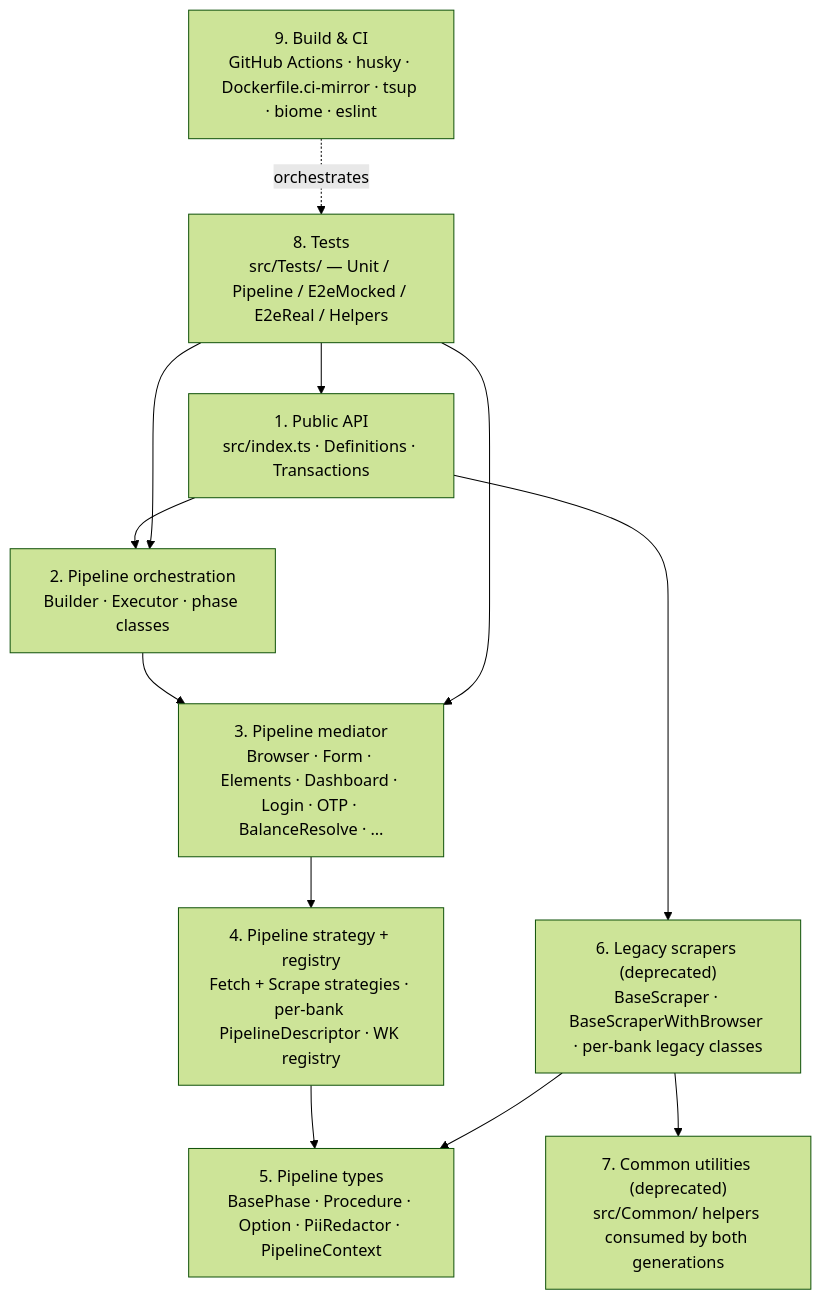
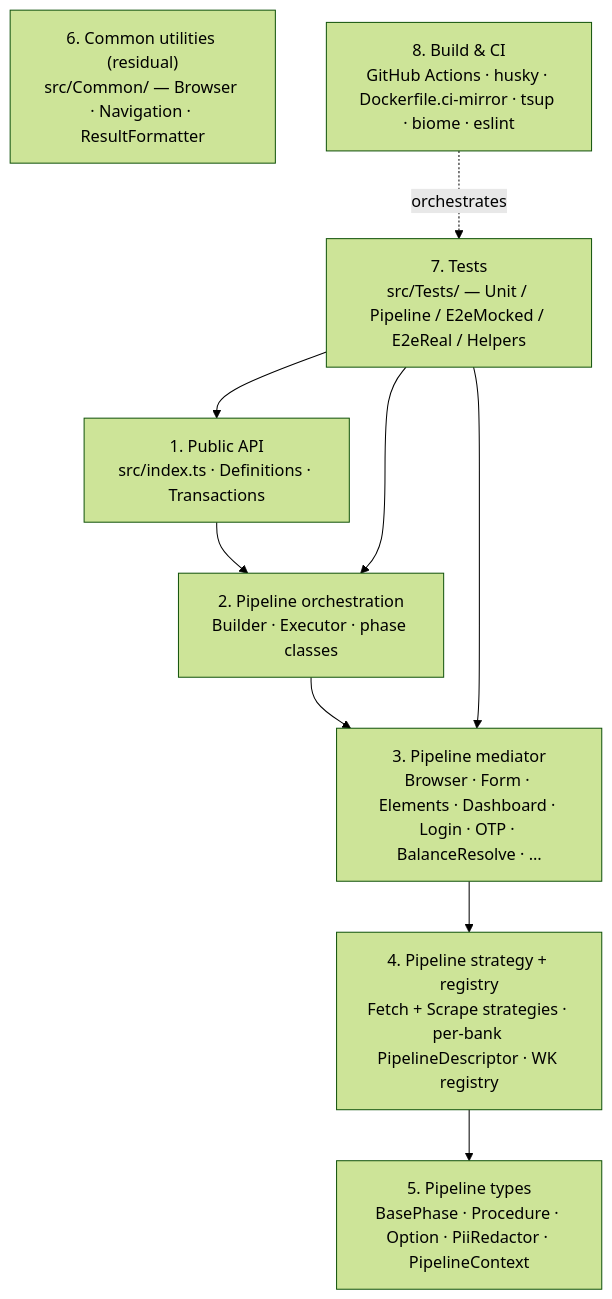
The diagram in docs/architecture/layers.md (sergienko4/israeli-bank-scrapers), drawn with Mermaid (forest theme) before and after one commit. The commit also changed other lines of this file and 116 other files, not shown here.

````diff
--- a/docs/architecture/layers.md
+++ b/docs/architecture/layers.md
@@ -5,22 +5,18 @@
 ```mermaid
 flowchart TB
     L1["1. Public API<br/>src/index.ts · Definitions · Transactions"]
     L2["2. Pipeline orchestration<br/>Builder · Executor · phase classes"]
     L3["3. Pipeline mediator<br/>Browser · Form · Elements · Dashboard · Login · OTP · BalanceResolve · …"]
     L4["4. Pipeline strategy + registry<br/>Fetch + Scrape strategies · per-bank PipelineDescriptor · WK registry"]
     L5["5. Pipeline types<br/>BasePhase · Procedure · Option · PiiRedactor · PipelineContext"]
-    L6["6. Legacy scrapers (deprecated)<br/>BaseScraper · BaseScraperWithBrowser · per-bank legacy classes"]
-    L7["7. Common utilities (deprecated)<br/>src/Common/ helpers consumed by both generations"]
-    L8["8. Tests<br/>src/Tests/ — Unit / Pipeline / E2eMocked / E2eReal / Helpers"]
-    L9["9. Build & CI<br/>GitHub Actions · husky · Dockerfile.ci-mirror · tsup · biome · eslint"]
+    L6["6. Common utilities (residual)<br/>src/Common/ — Browser · Navigation · ResultFormatter"]
+    L7["7. Tests<br/>src/Tests/ — Unit / Pipeline / E2eMocked / E2eReal / Helpers"]
+    L8["8. Build & CI<br/>GitHub Actions · husky · Dockerfile.ci-mirror · tsup · biome · eslint"]
 
     L1 --> L2
-    L1 --> L6
     L2 --> L3 --> L4 --> L5
-    L6 --> L7
-    L6 --> L5
-    L8 --> L1
-    L8 --> L2
-    L8 --> L3
-    L9 -.->|"orchestrates"| L8
+    L7 --> L1
+    L7 --> L2
+    L7 --> L3
+    L8 -.->|"orchestrates"| L7
 ```
````
